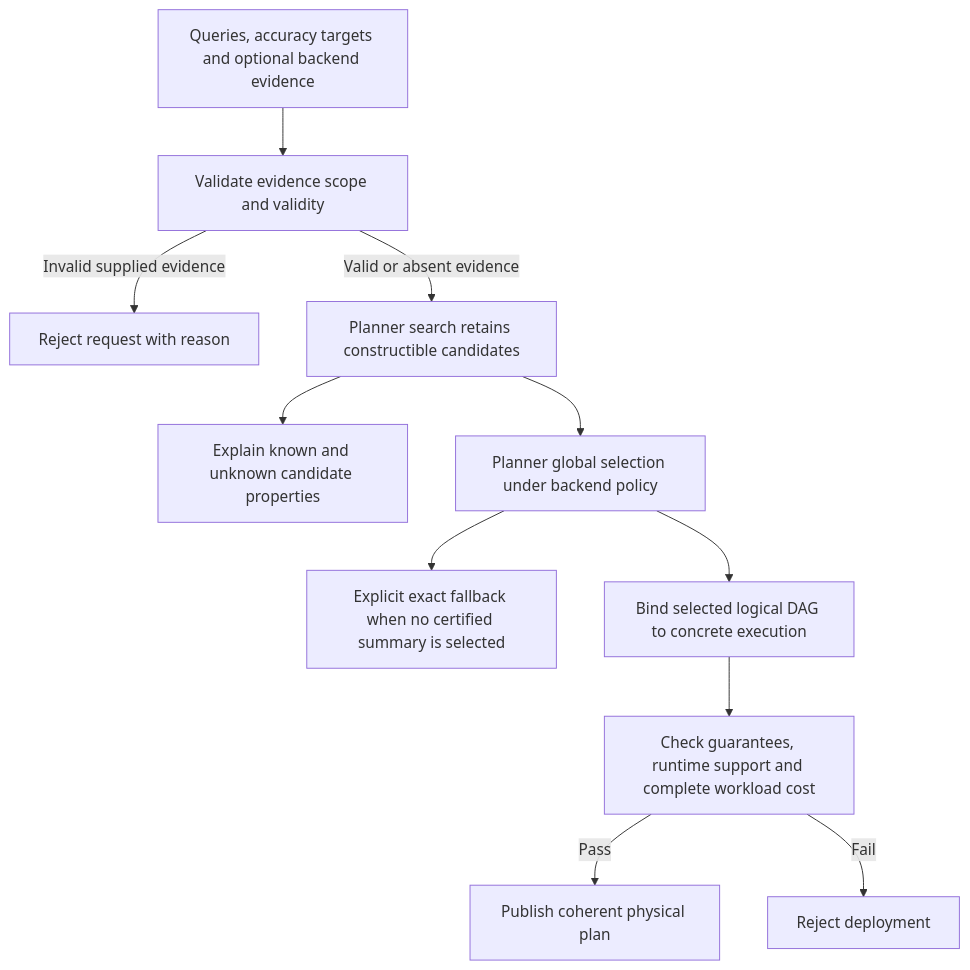
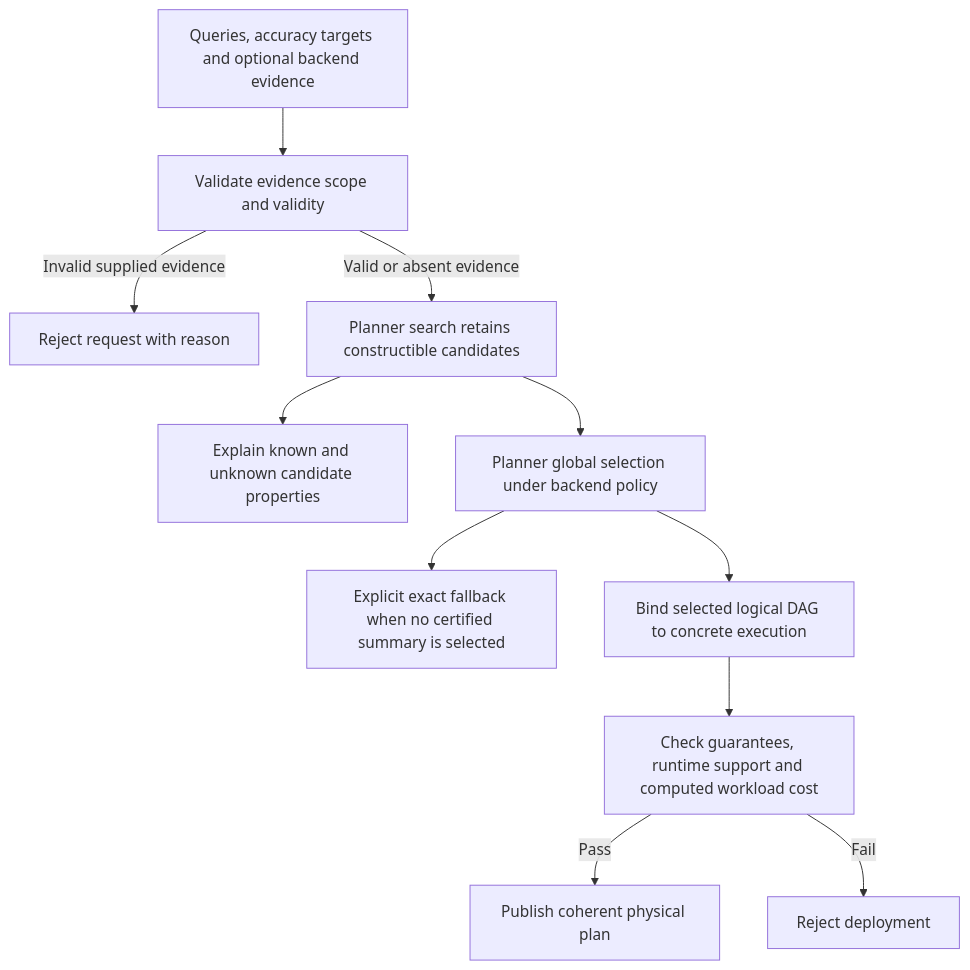
Before and after one commit to ProjectASAP/ASAPQuery-backend: the first of 3 diagrams in docs/design_docs/evidence-dependent-candidates.md, drawn with Mermaid. The commit also changed other lines of this file and 15 other files, not shown here.

````diff
--- a/docs/design_docs/evidence-dependent-candidates.md
+++ b/docs/design_docs/evidence-dependent-candidates.md
@@ -32,13 +31,13 @@
 ```mermaid
 flowchart TD
     Input[Queries, accuracy targets and optional backend evidence] --> Validate[Validate evidence scope and validity]
     Validate -->|Invalid supplied evidence| Error[Reject request with reason]
     Validate -->|Valid or absent evidence| Search[Planner search retains constructible candidates]
     Search --> Inspect[Explain known and unknown candidate properties]
     Search --> Select[Planner global selection under backend policy]
     Select --> Exact[Explicit exact fallback when no certified summary is selected]
     Select --> Bind[Bind selected logical DAG to concrete execution]
-    Bind --> Admit[Check guarantees, runtime support and complete workload cost]
+    Bind --> Admit[Check guarantees, runtime support and computed workload cost]
     Admit -->|Pass| Publish[Publish coherent physical plan]
     Admit -->|Fail| Reject[Reject deployment]
 ```
````
